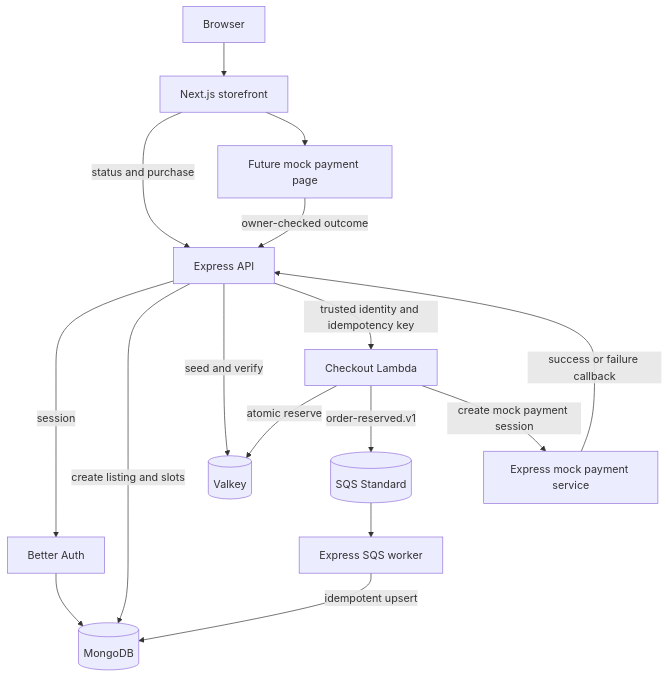
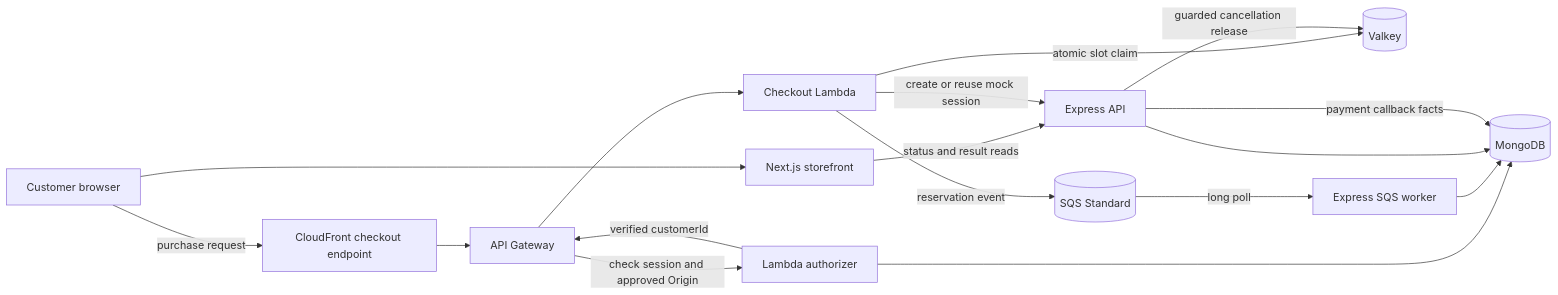
Before and after one commit to rantingmong/bookipi-test: the diagram in docs/system-design.md, drawn with Mermaid. The commit also changed other lines of this file and 15 other files, not shown here.

````diff
--- a/docs/system-design.md
+++ b/docs/system-design.md
@@ -715,18 +9,19 @@
 ```mermaid
-flowchart TD
-    client[Browser] --> web[Next.js storefront]
-    web -->|status and purchase| express[Express API]
-    web --> mock[Future mock payment page]
-    mock -->|owner-checked outcome| express
-    express -->|session| betterauth[Better Auth]
-    betterauth --> mongo[(MongoDB)]
-    express -->|create listing and slots| mongo
-    express -->|seed and verify| valkey[(Valkey)]
-    express -->|trusted identity and idempotency key| processor[Checkout Lambda]
-    processor -->|atomic reserve| valkey
-    processor -->|order-reserved.v1| queue[(SQS Standard)]
-    processor -->|create mock payment session| payment[Express mock payment service]
-    payment -->|success or failure callback| express
-    queue --> worker[Express SQS worker]
-    worker -->|idempotent upsert| mongo
+flowchart LR
+    browser[Customer browser] --> storefront[Next.js storefront]
+    storefront -->|status and result reads| express[Express API]
+    browser -->|purchase request| cloudfront[CloudFront checkout endpoint]
+    cloudfront --> apigw[API Gateway]
+    apigw -->|check session and approved Origin| authorizer[Lambda authorizer]
+    authorizer --> mongo[(MongoDB)]
+    authorizer -->|verified customerId| apigw
+    apigw --> lambda[Checkout Lambda]
+    lambda -->|atomic slot claim| valkey[(Valkey)]
+    lambda -->|reservation event| sqs[(SQS Standard)]
+    lambda -->|create or reuse mock session| express
+    sqs -->|long poll| worker[Express SQS worker]
+    worker --> mongo[(MongoDB)]
+    express --> mongo
+    express -->|payment callback facts| mongo
+    express -->|guarded cancellation release| valkey
 ```
````
